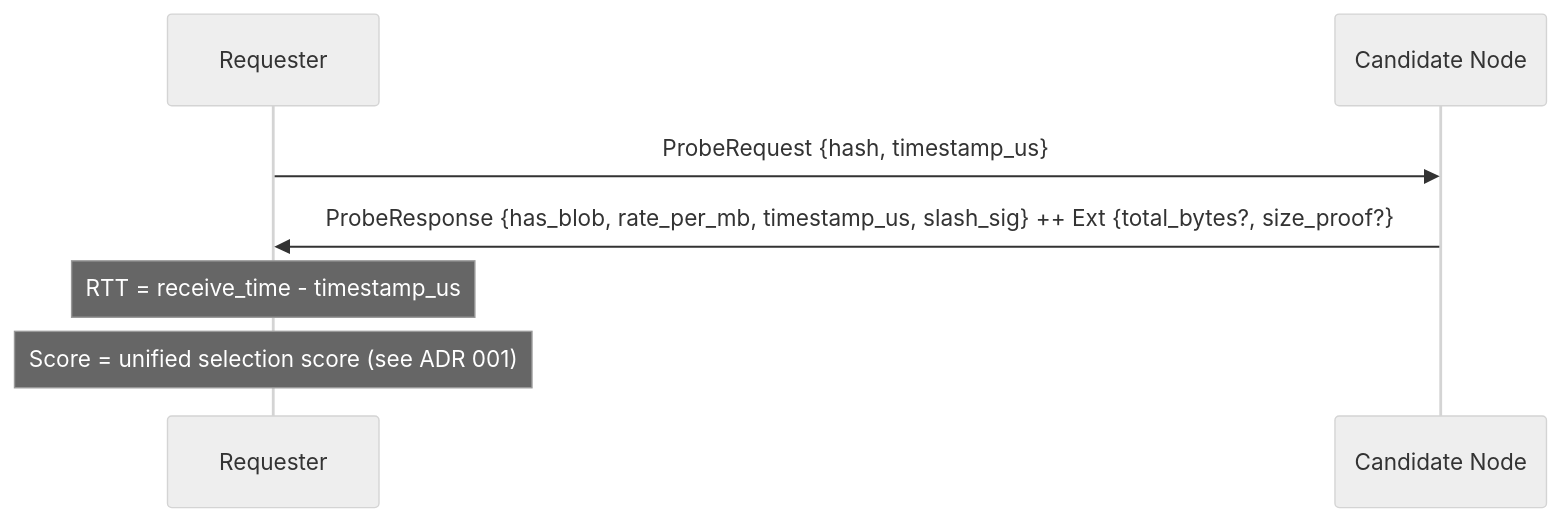
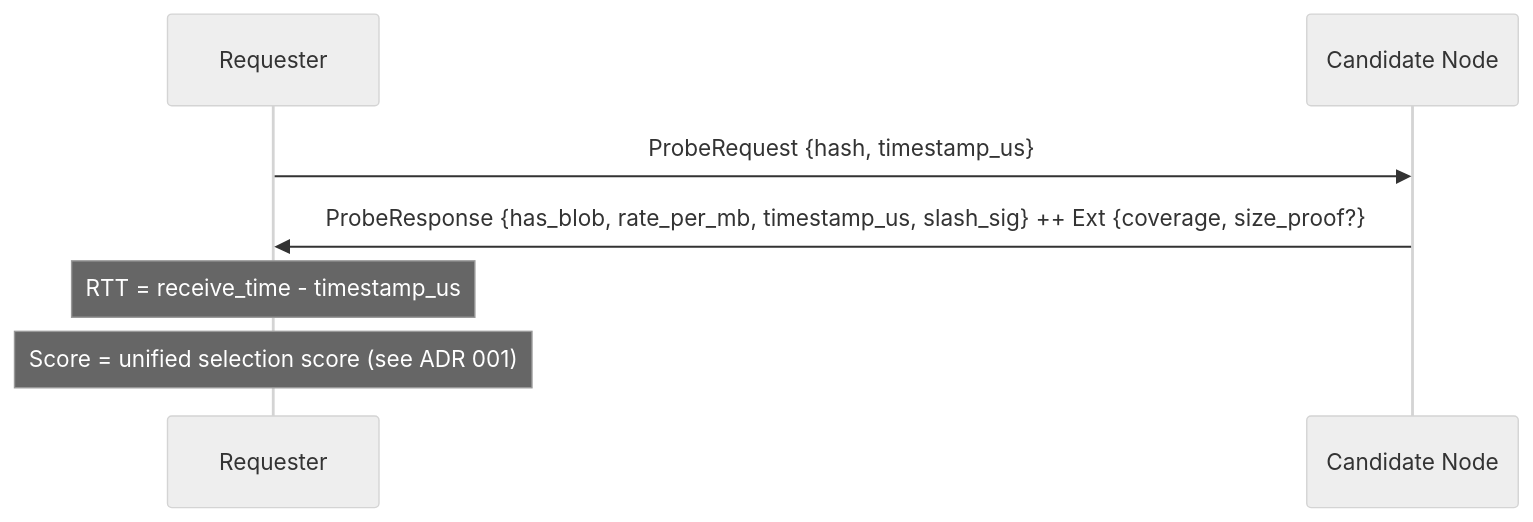
The first of 3 diagrams in adr/005-protocol.md (decdn/decdn), drawn with Mermaid (neutral theme) before and after one commit. The commit also changed other lines of this file and 73 other files, not shown here.

First line of the commit message:
feat!: the size proof is the only statement of a blob size

````diff
--- a/adr/005-protocol.md
+++ b/adr/005-protocol.md
@@ -32,11 +32,11 @@
 ```mermaid
 sequenceDiagram
     participant R as Requester
     participant C as Candidate Node
 
     R->>C: ProbeRequest {hash, timestamp_us}
-    C->>R: ProbeResponse {has_blob, rate_per_mb, timestamp_us, slash_sig} ++ Ext {total_bytes?, size_proof?}
+    C->>R: ProbeResponse {has_blob, rate_per_mb, timestamp_us, slash_sig} ++ Ext {coverage, size_proof?}
 
     Note over R: RTT = receive_time - timestamp_us
     Note over R: Score = unified selection score (see ADR 001)
 ```
````
